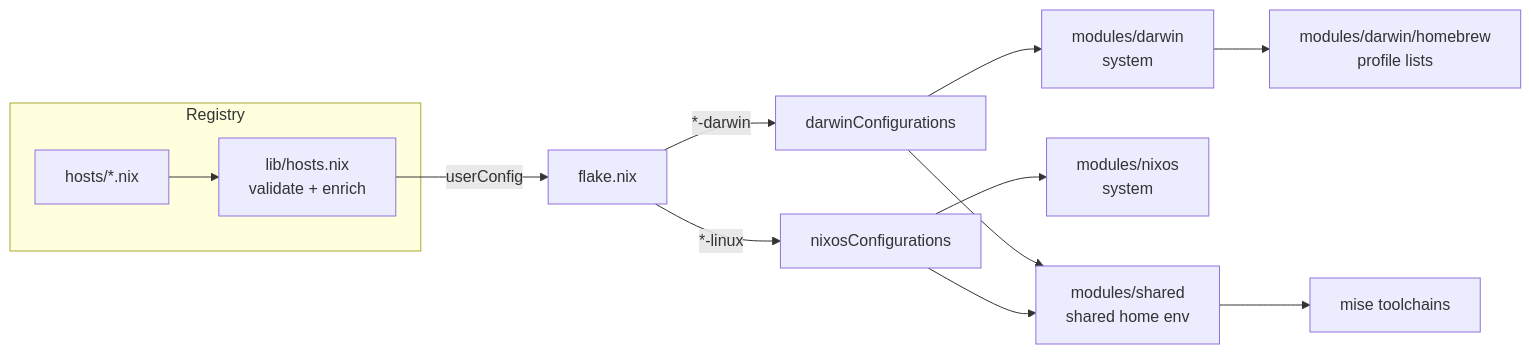
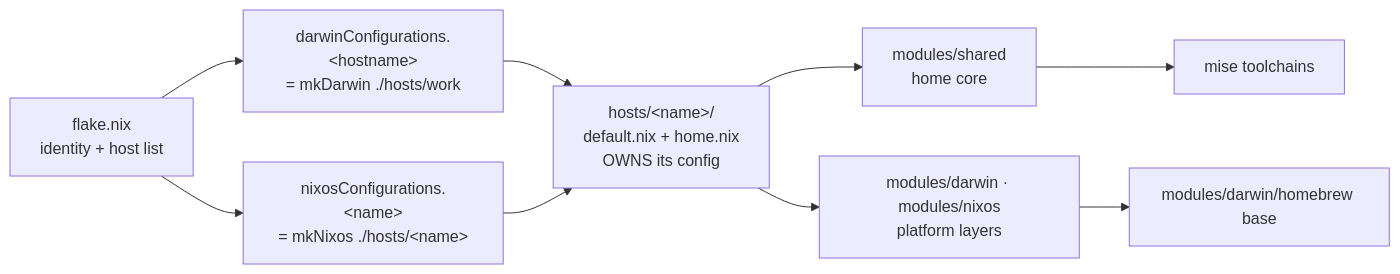
One commit to hahunavth/nix-config changed the first of 2 diagrams in README.md. Above: the diagram before and after it, drawn with Mermaid. The commit also changed other lines of this file and 45 other files, not shown here.

````diff
--- a/README.md
+++ b/README.md
@@ -13,15 +13,11 @@
 ```mermaid
 flowchart LR
-  subgraph Registry
-    H[hosts/*.nix] --> V[lib/hosts.nix<br/>validate + enrich]
-  end
-  V -->|userConfig| F[flake.nix]
-  F -->|*-darwin| D[darwinConfigurations]
-  F -->|*-linux| N[nixosConfigurations]
-  D --> DS[modules/darwin<br/>system]
-  N --> NS[modules/nixos<br/>system]
-  D --> HM[modules/shared<br/>shared home env]
-  N --> HM
-  DS --> BREW[modules/darwin/homebrew<br/>profile lists]
-  HM --> MISE[mise toolchains]
+  F[flake.nix<br/>identity + host list] --> D["darwinConfigurations.&lt;hostname&gt;<br/>= mkDarwin ./hosts/work"]
+  F --> N["nixosConfigurations.&lt;name&gt;<br/>= mkNixos ./hosts/&lt;name&gt;"]
+  D --> HW[hosts/&lt;name&gt;/<br/>default.nix + home.nix<br/>OWNS its config]
+  N --> HW
+  HW --> SH[modules/shared<br/>home core]
+  HW --> PL[modules/darwin · modules/nixos<br/>platform layers]
+  PL --> BREW[modules/darwin/homebrew base]
+  SH --> MISE[mise toolchains]
 ```
````
